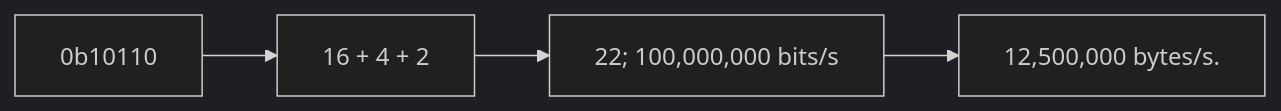
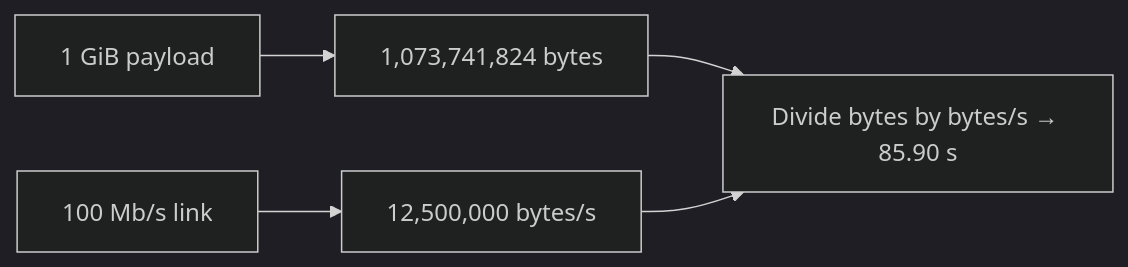
Before and after one commit to chan4kum/principal-engineering-mastery: the diagram in 01-architecture-A01-to-A20/A01-computer-systems-and-os/lessons/A01.01.md, drawn with Mermaid (dark theme). The commit also changed other lines of this file and 1 other file, not shown here.

````diff
--- a/01-architecture-A01-to-A20/A01-computer-systems-and-os/lessons/A01.01.md
+++ b/01-architecture-A01-to-A20/A01-computer-systems-and-os/lessons/A01.01.md
@@ -13,4 +13,5 @@
 ```mermaid
 flowchart LR
-    n0["0b10110"] --> n1["16 + 4 + 2"] --> n2["22; 100,000,000 bits/s"] --> n3["12,500,000 bytes/s."]
+    size["1 GiB payload"] --> bytes["1,073,741,824 bytes"] --> elapsed["Divide bytes by bytes/s → 85.90 s"]
+    rate["100 Mb/s link"] --> throughput["12,500,000 bytes/s"] --> elapsed
 ```
````
